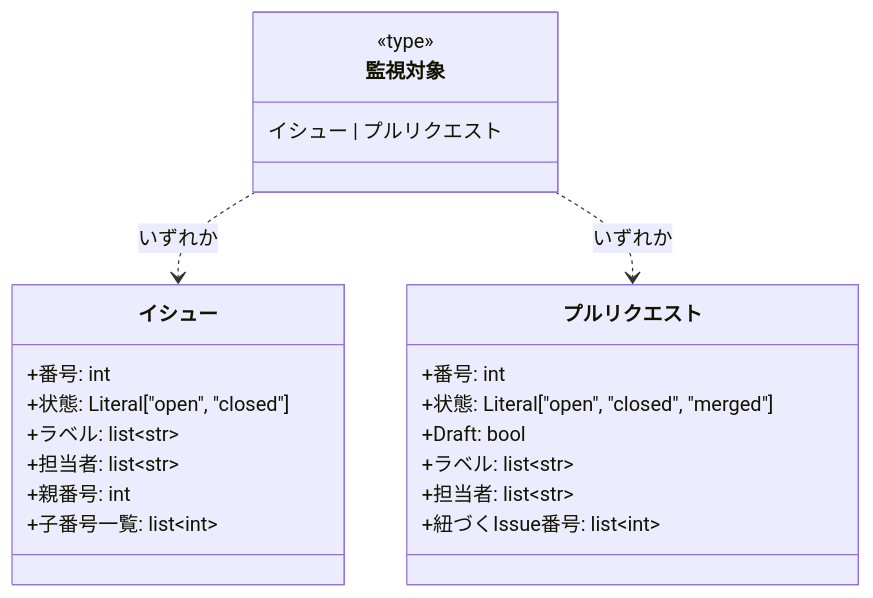
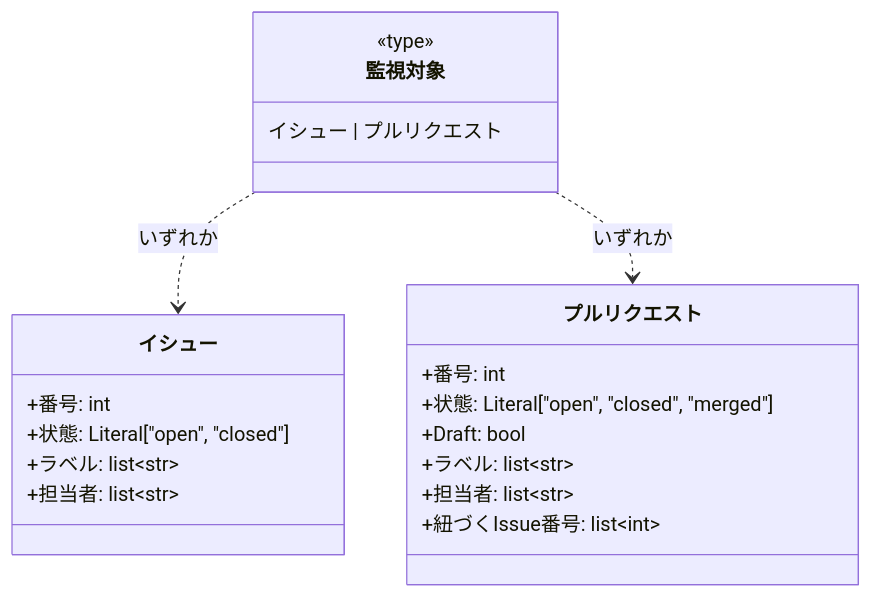
Before and after one commit to shuhei1101/ai-monitor: the first of 2 diagrams in docs/wiki/設計図/モジュール構成/モニター/エージェント管理.md, drawn with Mermaid. The commit also changed other lines of this file and 100 other files, not shown here.

````diff
--- a/docs/wiki/設計図/モジュール構成/モニター/エージェント管理.md
+++ b/docs/wiki/設計図/モジュール構成/モニター/エージェント管理.md
@@ -55,30 +55,28 @@
 ```mermaid
 classDiagram
   監視対象 ..> イシュー : いずれか
   監視対象 ..> プルリクエスト : いずれか
 
   class 監視対象 {
     <<type>>
     イシュー | プルリクエスト
   }
   class イシュー {
     +番号: int
     +状態: Literal["open", "closed"]
     +ラベル: list~str~
     +担当者: list~str~
-    +親番号: int
-    +子番号一覧: list~int~
   }
   class プルリクエスト {
     +番号: int
     +状態: Literal["open", "closed", "merged"]
     +Draft: bool
     +ラベル: list~str~
     +担当者: list~str~
     +紐づくIssue番号: list~int~
   }
 
   click 監視対象 href "#監視対象"
   click イシュー href "#イシュー"
   click プルリクエスト href "#プルリクエスト"
 ```
````
